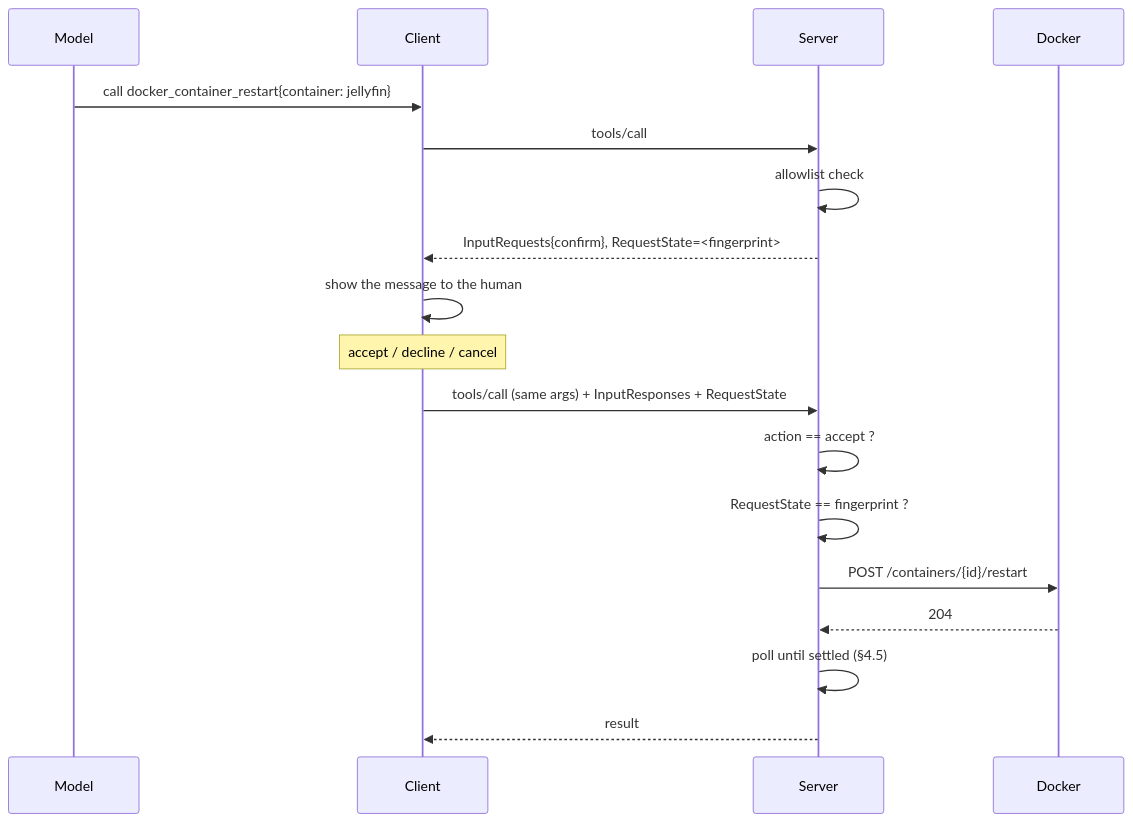
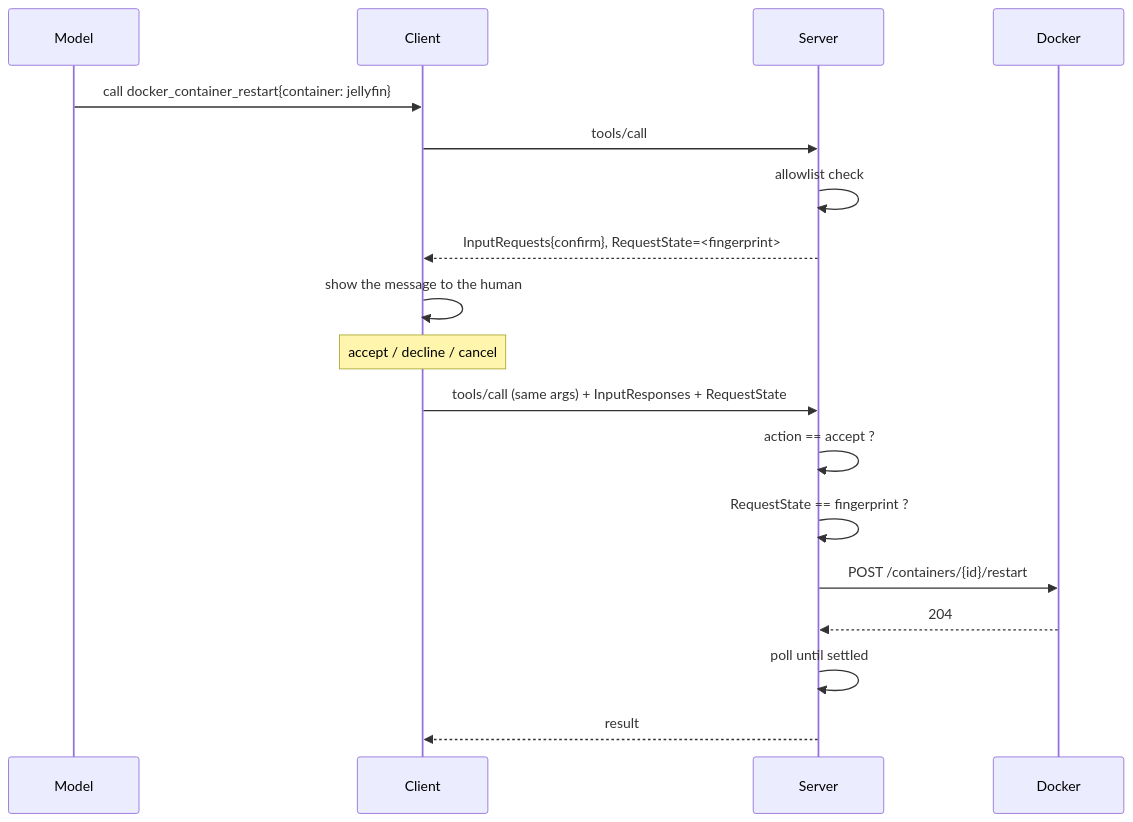
One commit to DeLucca990/Homelab-MCP changed the diagram in docs/ARCHITECTURE.md. Above: the diagram before and after it, drawn with Mermaid. The commit also changed other lines of this file and 8 other files, not shown here.

````diff
--- a/docs/ARCHITECTURE.md
+++ b/docs/ARCHITECTURE.md
@@ -178,21 +195,21 @@
 ```mermaid
 sequenceDiagram
     participant M as Model
     participant C as Client
     participant S as Server
     participant D as Docker
 
     M->>C: call docker_container_restart{container: jellyfin}
     C->>S: tools/call
     S->>S: allowlist check
     S-->>C: InputRequests{confirm}, RequestState=<fingerprint>
     C->>C: show the message to the human
     Note over C: accept / decline / cancel
     C->>S: tools/call (same args) + InputResponses + RequestState
     S->>S: action == accept ?
     S->>S: RequestState == fingerprint ?
     S->>D: POST /containers/{id}/restart
     D-->>S: 204
-    S->>S: poll until settled (§4.5)
+    S->>S: poll until settled
     S-->>C: result
 ```
````
